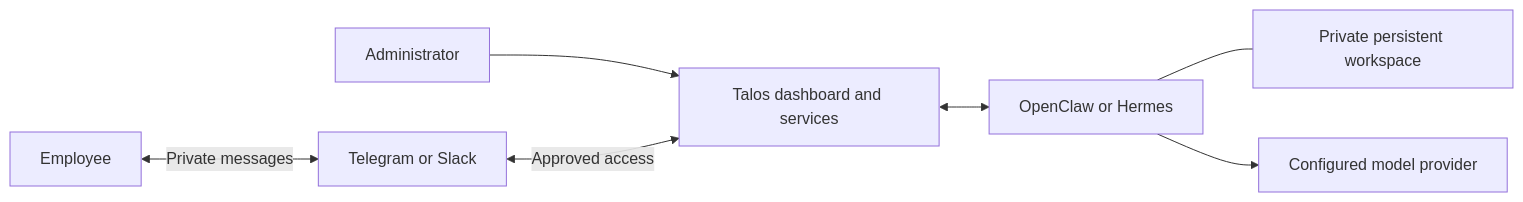
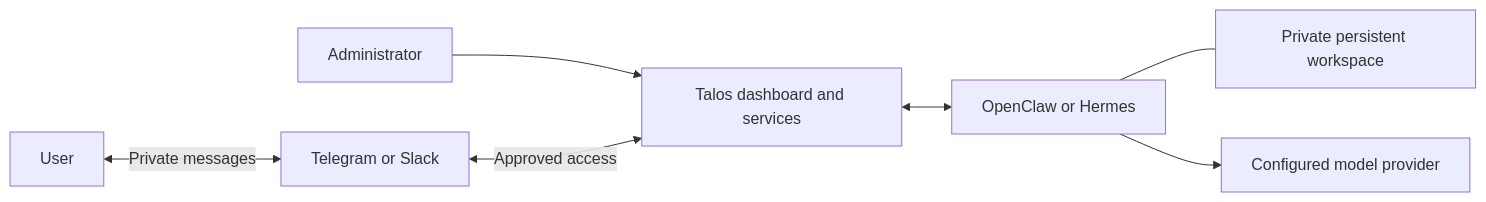
The diagram in README.md (JaviChulvi/talos), drawn with Mermaid before and after one commit. The commit also changed other lines of this file and 91 other files, not shown here.

````diff
--- a/README.md
+++ b/README.md
@@ -32,9 +32,9 @@
 ```mermaid
 flowchart LR
     Admin[Administrator] --> Talos[Talos dashboard and services]
-    Employee[Employee] <-->|Private messages| Channels[Telegram or Slack]
+    User[User] <-->|Private messages| Channels[Telegram or Slack]
     Channels <-->|Approved access| Talos
     Talos <--> Agent[OpenClaw or Hermes]
     Agent --- State[Private persistent workspace]
     Agent --> Models[Configured model provider]
 ```
````
